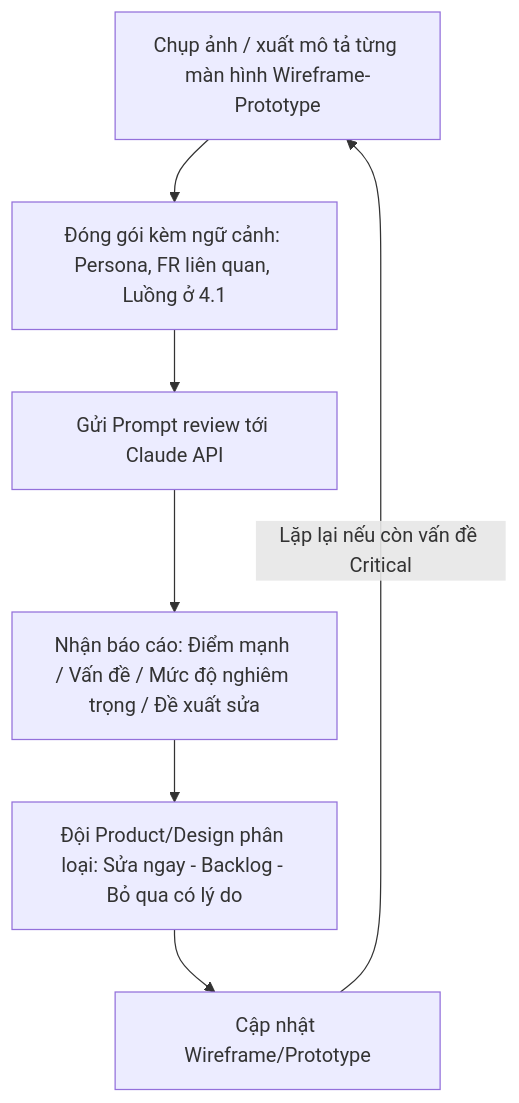
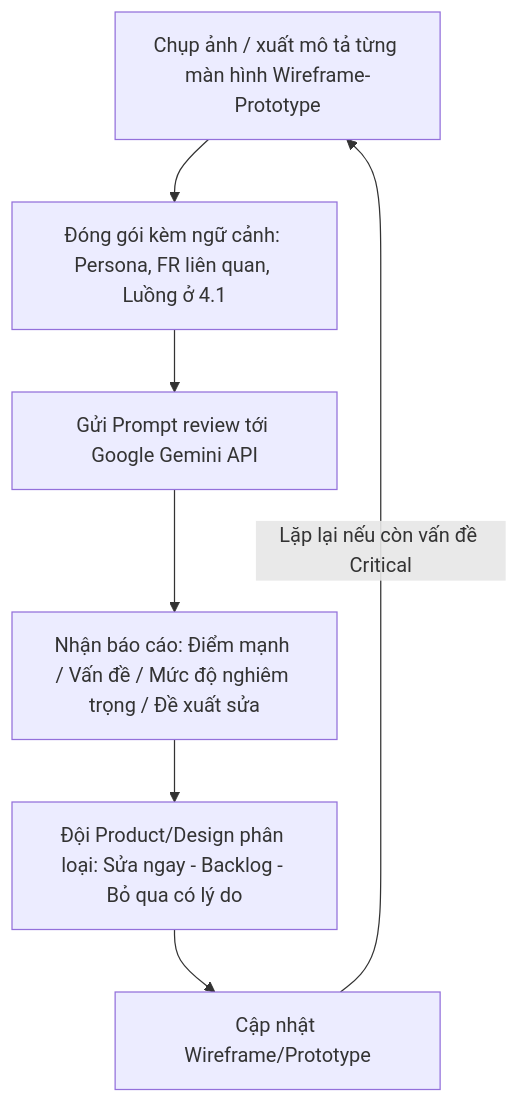
The diagram in docs/Chuong4/AIDesignReview.md (nadz1112/MikiriCV), drawn with Mermaid before and after one commit. The commit also changed other lines of this file and 2 other files, not shown here.

Commit message:
docs: UX/UI Design (User Flow, Wireframe, Prototype, AI Design Review) for CVMikiri

````diff
--- a/docs/Chuong4/AIDesignReview.md
+++ b/docs/Chuong4/AIDesignReview.md
@@ -13,9 +15,9 @@
 ```mermaid
 flowchart TD
     A[Chụp ảnh / xuất mô tả từng màn hình Wireframe-Prototype] --> B[Đóng gói kèm ngữ cảnh: Persona, FR liên quan, Luồng ở 4.1]
-    B --> C[Gửi Prompt review tới Claude API]
+    B --> C[Gửi Prompt review tới Google Gemini API]
     C --> D[Nhận báo cáo: Điểm mạnh / Vấn đề / Mức độ nghiêm trọng / Đề xuất sửa]
     D --> E[Đội Product/Design phân loại: Sửa ngay - Backlog - Bỏ qua có lý do]
     E --> F[Cập nhật Wireframe/Prototype]
     F -->|Lặp lại nếu còn vấn đề Critical| A
 ```
````
